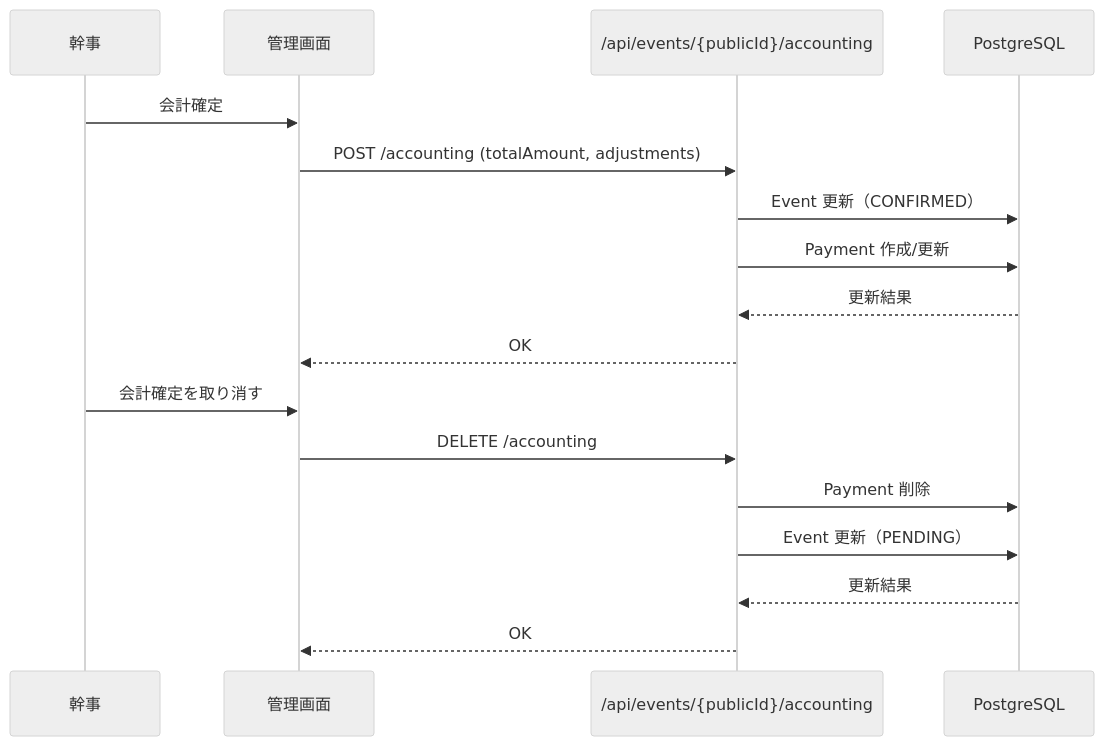
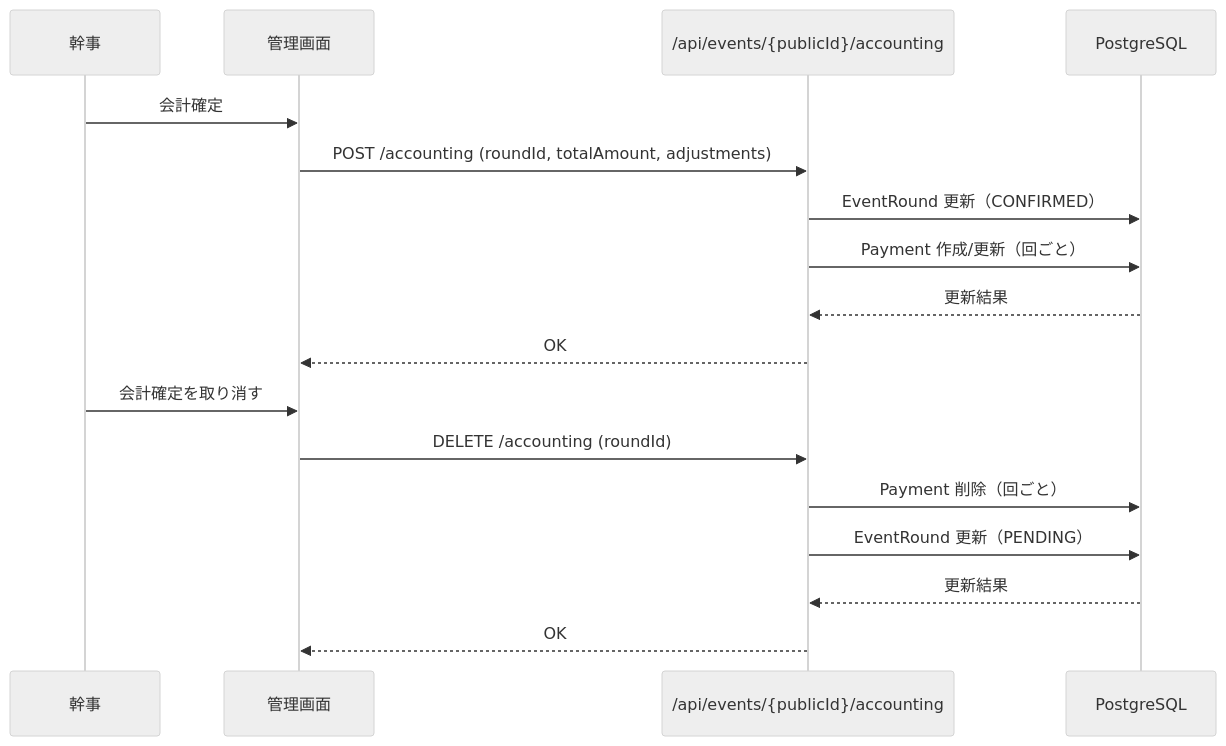
The diagram in docs/diagrams/flow-accounting.md (tojiinoue/kanjikun), drawn with Mermaid (neutral theme) before and after one commit. The commit also changed 27 other files, not shown here.

````diff
--- a/docs/diagrams/flow-accounting.md
+++ b/docs/diagrams/flow-accounting.md
@@ -3,21 +3,21 @@
 ```mermaid
 sequenceDiagram
   participant A as 幹事
   participant UI as 管理画面
   participant API as /api/events/{publicId}/accounting
   participant DB as PostgreSQL
 
   A->>UI: 会計確定
-  UI->>API: POST /accounting (totalAmount, adjustments)
-  API->>DB: Event 更新（CONFIRMED）
-  API->>DB: Payment 作成/更新
+  UI->>API: POST /accounting (roundId, totalAmount, adjustments)
+  API->>DB: EventRound 更新（CONFIRMED）
+  API->>DB: Payment 作成/更新（回ごと）
   DB-->>API: 更新結果
   API-->>UI: OK
 
   A->>UI: 会計確定を取り消す
-  UI->>API: DELETE /accounting
-  API->>DB: Payment 削除
-  API->>DB: Event 更新（PENDING）
+  UI->>API: DELETE /accounting (roundId)
+  API->>DB: Payment 削除（回ごと）
+  API->>DB: EventRound 更新（PENDING）
   DB-->>API: 更新結果
   API-->>UI: OK
 ```
````
